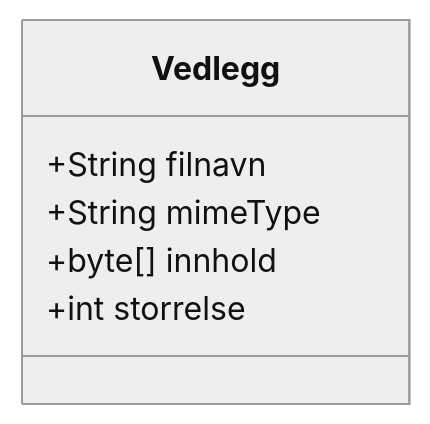
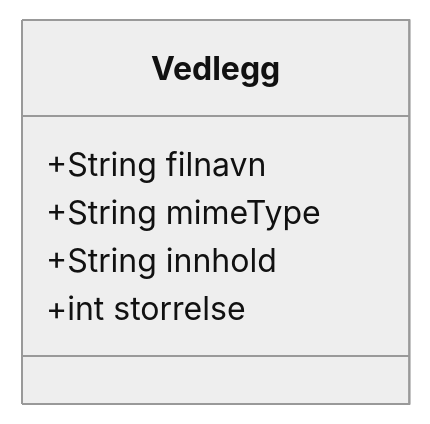
Before and after one commit to richardmax-visma/DigiHealth_Documentation: the third of 7 diagrams in APIs/Ekontakt/README.md, drawn with Mermaid (neutral theme). The commit also changed other lines of this file and 5 other files, not shown here.

````diff
--- a/APIs/Ekontakt/README.md
+++ b/APIs/Ekontakt/README.md
@@ -114,11 +117,11 @@
 ```mermaid
 %% keep in sync with Classes/Vedlegg.mmd
 classDiagram
 	class Vedlegg {
 		+String filnavn
 		+String mimeType
-		+byte[] innhold
+			+String innhold
 		+int storrelse
 	}
 
 ```
````
